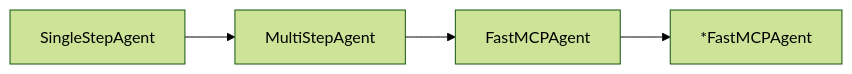
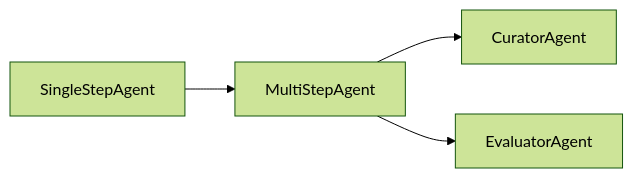
One commit to strawgate/fastmcp-agents changed the diagram in docs/developer/agent_types.md. Above: the diagram before and after it, drawn with Mermaid (forest theme). The commit also changed other lines of this file and 69 other files, not shown here.

````diff
--- a/docs/developer/agent_types.md
+++ b/docs/developer/agent_types.md
@@ -7,6 +7,6 @@
 ```mermaid
 graph LR
     SingleStepAgent --> MultiStepAgent;
-    MultiStepAgent --> FastMCPAgent;
-    FastMCPAgent --> *FastMCPAgent;
+    MultiStepAgent --> CuratorAgent;
+    MultiStepAgent --> EvaluatorAgent;
 ```
````
